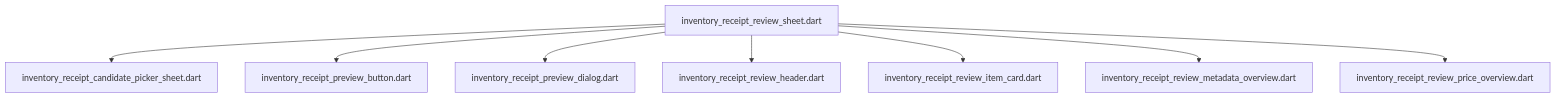
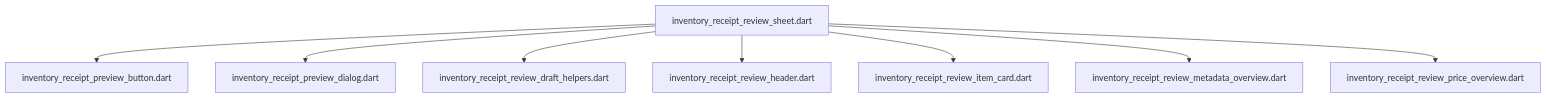
The diagram in lib/features/scanner/presentation/widgets/DEPS.md (repinw/yamt), drawn with Mermaid before and after one commit. The commit also changed 7 other files, not shown here.

````diff
--- a/lib/features/scanner/presentation/widgets/DEPS.md
+++ b/lib/features/scanner/presentation/widgets/DEPS.md
@@ -6,10 +6,10 @@
 ```mermaid
 flowchart TD;
-inventory_receipt_review_sheet.dart-->inventory_receipt_candidate_picker_sheet.dart;
 inventory_receipt_review_sheet.dart-->inventory_receipt_preview_button.dart;
 inventory_receipt_review_sheet.dart-->inventory_receipt_preview_dialog.dart;
+inventory_receipt_review_sheet.dart-->inventory_receipt_review_draft_helpers.dart;
 inventory_receipt_review_sheet.dart-->inventory_receipt_review_header.dart;
 inventory_receipt_review_sheet.dart-->inventory_receipt_review_item_card.dart;
 inventory_receipt_review_sheet.dart-->inventory_receipt_review_metadata_overview.dart;
 inventory_receipt_review_sheet.dart-->inventory_receipt_review_price_overview.dart;
 ```
````
